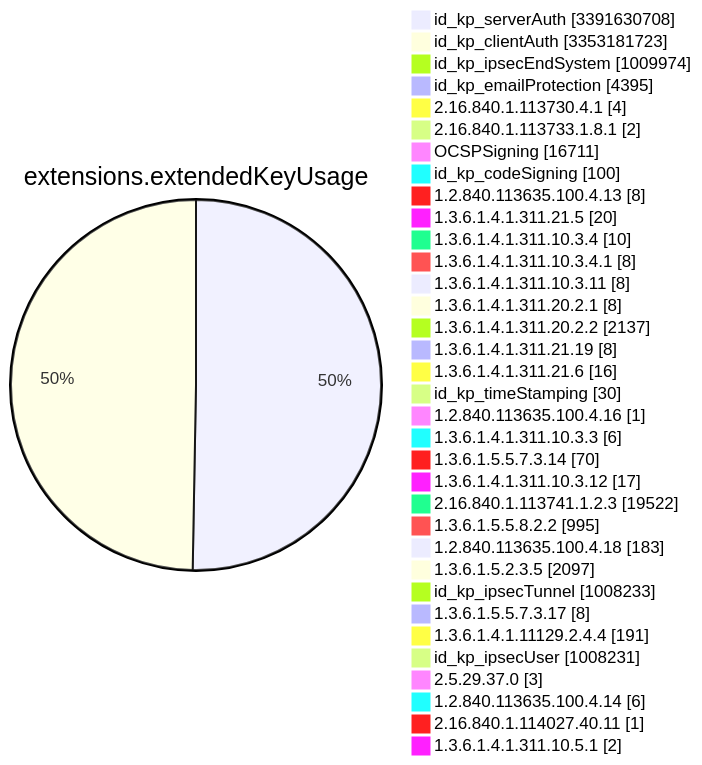
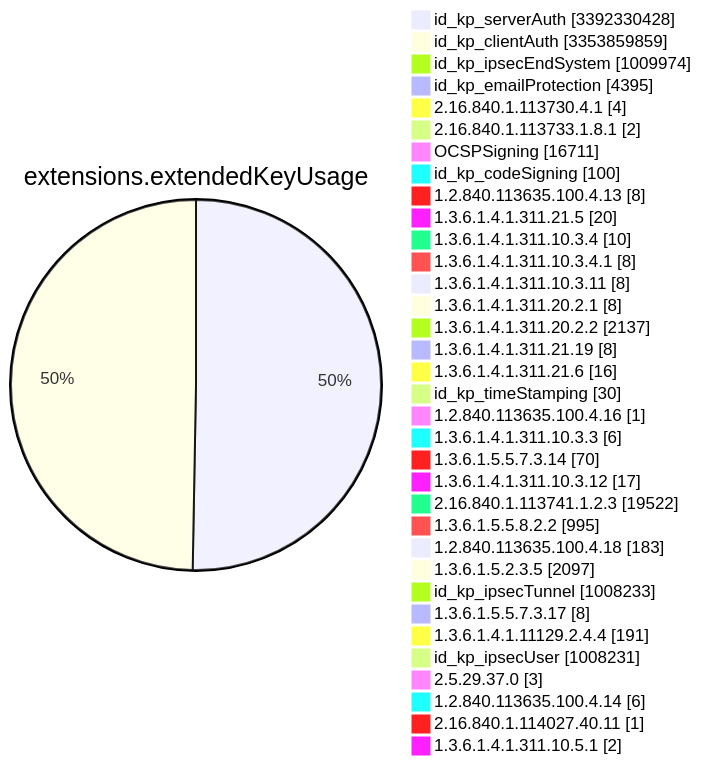
Diagram 11 of 15 in TOTAL/README.md (christiankrug/ctmonitor_visualization), drawn with Mermaid before and after one commit. The commit also changed other lines of this file, not shown here.

````diff
--- a/TOTAL/README.md
+++ b/TOTAL/README.md
@@ -4121,38 +4121,38 @@
 ```mermaid
 pie showData
 title extensions.extendedKeyUsage
-"id_kp_serverAuth" :3391630708
-"id_kp_clientAuth" :3353181723
+"id_kp_serverAuth" :3392330428
+"id_kp_clientAuth" :3353859859
 "id_kp_ipsecEndSystem" :1009974
 "id_kp_emailProtection" :4395
 "2.16.840.1.113730.4.1" :4
 "2.16.840.1.113733.1.8.1" :2
 "OCSPSigning" :16711
 "id_kp_codeSigning" :100
 "1.2.840.113635.100.4.13" :8
 "1.3.6.1.4.1.311.21.5" :20
 "1.3.6.1.4.1.311.10.3.4" :10
 "1.3.6.1.4.1.311.10.3.4.1" :8
 "1.3.6.1.4.1.311.10.3.11" :8
 "1.3.6.1.4.1.311.20.2.1" :8
 "1.3.6.1.4.1.311.20.2.2" :2137
 "1.3.6.1.4.1.311.21.19" :8
 "1.3.6.1.4.1.311.21.6" :16
 "id_kp_timeStamping" :30
 "1.2.840.113635.100.4.16" :1
 "1.3.6.1.4.1.311.10.3.3" :6
 "1.3.6.1.5.5.7.3.14" :70
 "1.3.6.1.4.1.311.10.3.12" :17
 "2.16.840.1.113741.1.2.3" :19522
 "1.3.6.1.5.5.8.2.2" :995
 "1.2.840.113635.100.4.18" :183
 "1.3.6.1.5.2.3.5" :2097
 "id_kp_ipsecTunnel" :1008233
 "1.3.6.1.5.5.7.3.17" :8
 "1.3.6.1.4.1.11129.2.4.4" :191
 "id_kp_ipsecUser" :1008231
 "2.5.29.37.0" :3
 "1.2.840.113635.100.4.14" :6
 "2.16.840.1.114027.40.11" :1
 "1.3.6.1.4.1.311.10.5.1" :2
 ```
````
